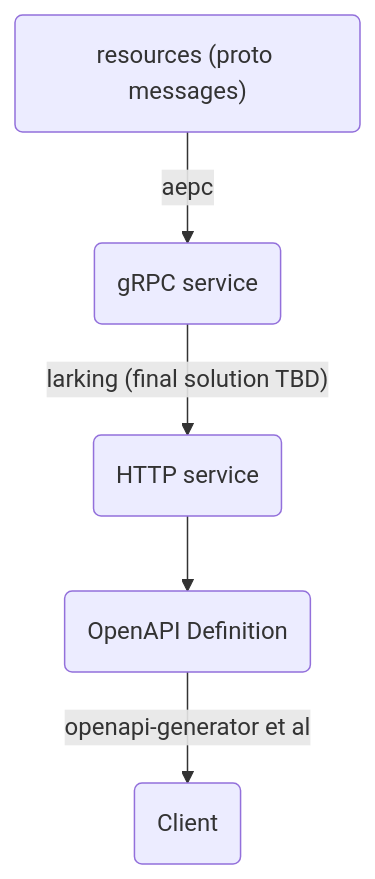
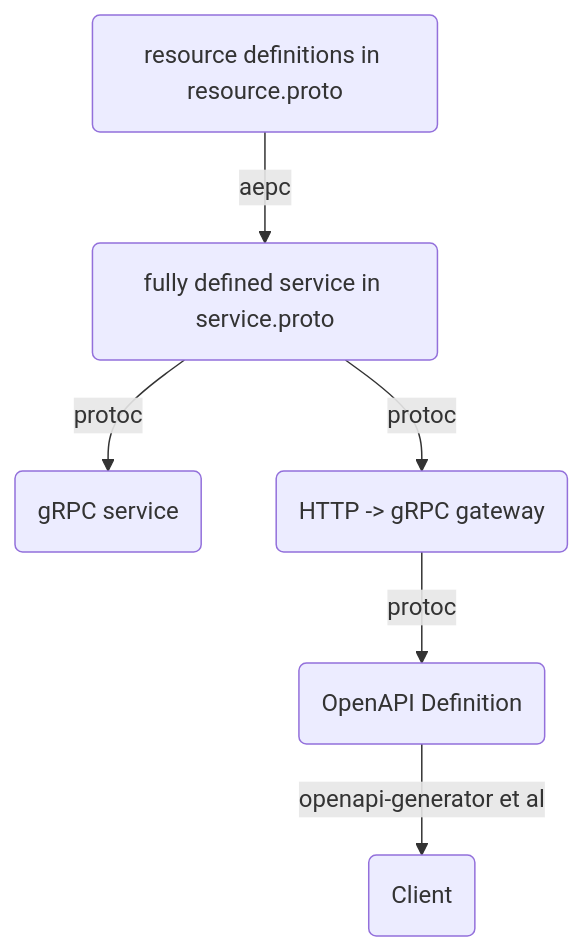
The diagram in DESIGN.md (toumorokoshi/aep-sandbox), drawn with Mermaid before and after one commit. The commit also changed 4 other files, not shown here.

````diff
--- a/DESIGN.md
+++ b/DESIGN.md
@@ -3,12 +3,14 @@
 ```mermaid
 graph TD
-    resource("resources (proto messages)")
+    resource("resource definitions in resource.proto")
+    serviceProto("fully defined service in service.proto")
     gService("gRPC service")
-    httpService("HTTP service")
+    httpService("HTTP -> gRPC gateway")
     OpenAPI("OpenAPI Definition")
     client("Client")
-    resource -- aepc --> gService
-    gService -- "larking (final solution TBD)" --> httpService
-    httpService --> OpenAPI
+    resource -- aepc --> serviceProto
+    serviceProto -- protoc --> gService
+    serviceProto -- protoc --> httpService
+    httpService -- protoc --> OpenAPI
     OpenAPI -- openapi-generator et al --> client
 ```
````
